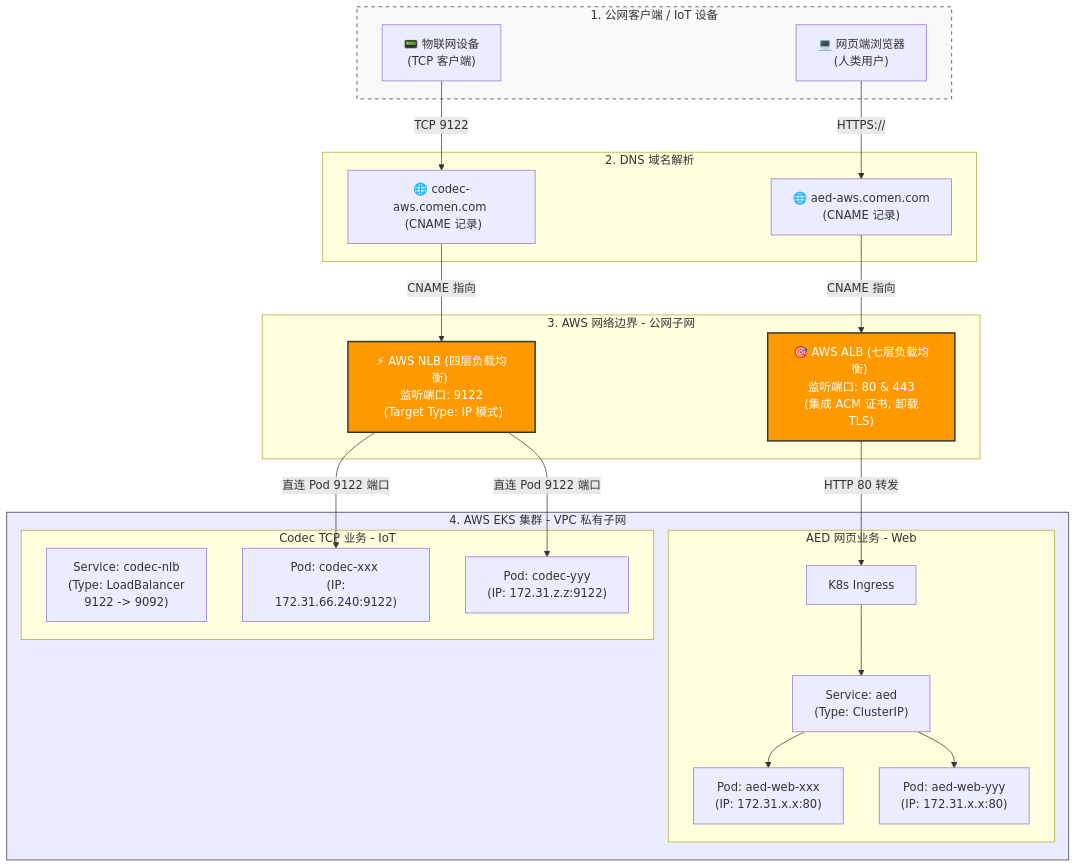
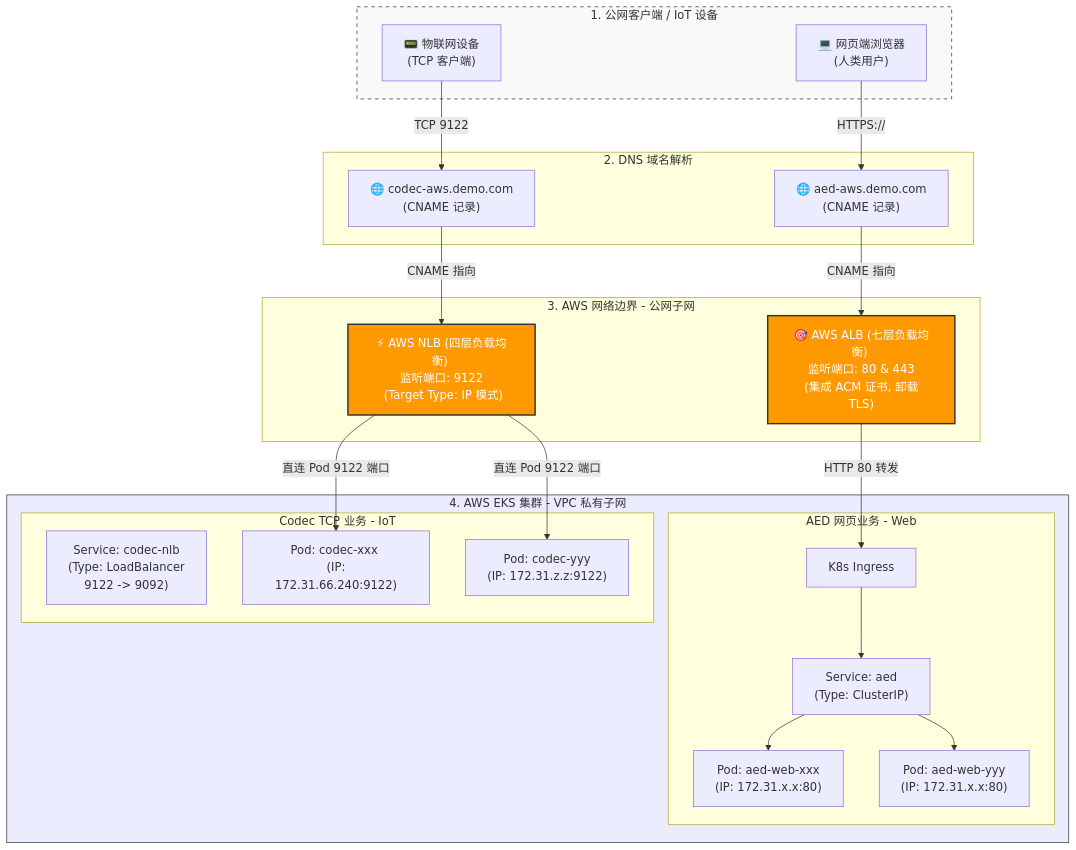
One commit to zongkx/zongkx.github.io changed the diagram in doc/blog/202607-AWS实战.md. Above: the diagram before and after it, drawn with Mermaid. The commit also changed other lines of this file, not shown here.

````diff
--- a/doc/blog/202607-AWS实战.md
+++ b/doc/blog/202607-AWS实战.md
@@ -89,55 +89,55 @@
 ```mermaid
 graph TD
     subgraph Public_Internet [1. 公网客户端 / IoT 设备]
         Browser["💻 网页端浏览器 <br/> (人类用户)"]
         Device["📟 物联网设备 <br/> (TCP 客户端)"]
     end
 
     subgraph DNS_Layer [2. DNS 域名解析]
-        aed_DNS["🌐 aed-aws.comen.com <br/> (CNAME 记录)"]
-        codec_DNS["🌐 codec-aws.comen.com <br/> (CNAME 记录)"]
+        aed_DNS["🌐 aed-aws.demo.com <br/> (CNAME 记录)"]
+        codec_DNS["🌐 codec-aws.demo.com <br/> (CNAME 记录)"]
     end
 
     subgraph AWS_Cloud [3. AWS 网络边界 - 公网子网]
         ALB["🎯 AWS ALB (七层负载均衡) <br/> 监听端口: 80 & 443 <br/> (集成 ACM 证书, 卸载 TLS)"]
         NLB["⚡ AWS NLB (四层负载均衡) <br/> 监听端口: 9122 <br/> (Target Type: IP 模式)"]
     end
 
     subgraph EKS_Cluster [4. AWS EKS 集群 - VPC 私有子网]
         subgraph K8s_aed [AED 网页业务 - Web]
             aed_Ingress["K8s Ingress"]
             aed_Service["Service: aed <br/> (Type: ClusterIP)"]
             aed_Pod1["Pod: aed-web-xxx <br/> (IP: 172.31.x.x:80)"]
             aed_Pod2["Pod: aed-web-yyy <br/> (IP: 172.31.x.x:80)"]
         end
 
         subgraph K8s_codec [Codec TCP 业务 - IoT]
             codec_Service["Service: codec-nlb <br/> (Type: LoadBalancer <br/> 9122 -> 9092)"]
             codec_Pod1["Pod: codec-xxx <br/> (IP: 172.31.66.240:9122)"]
             codec_Pod2["Pod: codec-yyy <br/> (IP: 172.31.z.z:9122)"]
         end
     end
 
     %% 流量路由关系连线
     Browser -->|HTTPS://| aed_DNS
     Device -->|TCP 9122| codec_DNS
 
     aed_DNS -->|CNAME 指向| ALB
     codec_DNS -->|CNAME 指向| NLB
 
     %% ALB 流量链路
     ALB -->|HTTP 80 转发| aed_Ingress
     aed_Ingress --> aed_Service
     aed_Service --> aed_Pod1
     aed_Service --> aed_Pod2
 
     %% NLB 流量链路 (IP直连模式，绕过 Kube-Proxy)
     NLB -->|直连 Pod 9122 端口| codec_Pod1
     NLB -->|直连 Pod 9122 端口| codec_Pod2
 
     %% 样式美化
     style ALB fill:#FF9900,stroke:#333,stroke-width:2px,color:#fff
     style NLB fill:#FF9900,stroke:#333,stroke-width:2px,color:#fff
     style EKS_Cluster fill:#ececff,stroke:#333,stroke-width:1px
     style Public_Internet fill:#f9f9f9,stroke:#333,stroke-dasharray: 5 5
 ```
````
